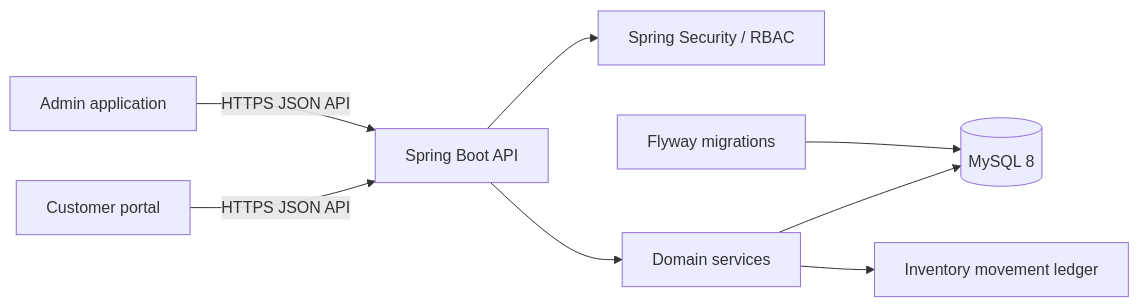
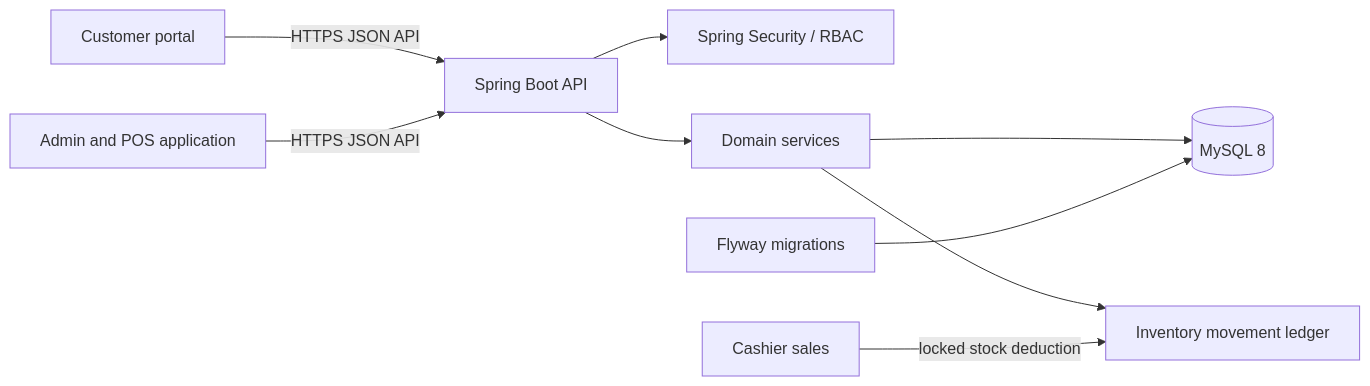
The diagram in IMS/Inventory Management System/01 - Architecture/System Architecture.md (EARL146/IMS-System-Flow-and-Architecture-Report), drawn with Mermaid before and after one commit. The commit also changed 47 other files, not shown here.

````diff
--- a/IMS/Inventory Management System/01 - Architecture/System Architecture.md
+++ b/IMS/Inventory Management System/01 - Architecture/System Architecture.md
@@ -9,10 +9,11 @@
 ```mermaid
 flowchart LR
   Customer[Customer portal] -->|HTTPS JSON API| API[Spring Boot API]
-  Admin[Admin application] -->|HTTPS JSON API| API
+  Admin[Admin and POS application] -->|HTTPS JSON API| API
   API --> Security[Spring Security / RBAC]
   API --> Services[Domain services]
   Services --> DB[(MySQL 8)]
   Flyway[Flyway migrations] --> DB
   Services --> Ledger[Inventory movement ledger]
+  POS[Cashier sales] -->|locked stock deduction| Ledger
 ```
````
